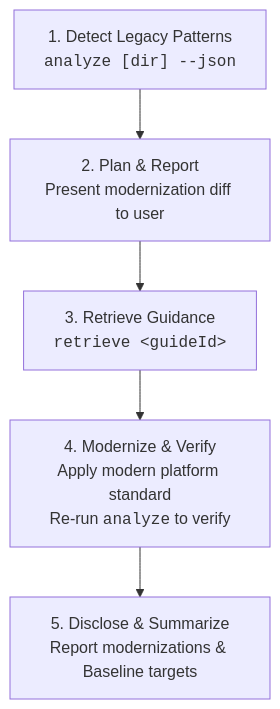
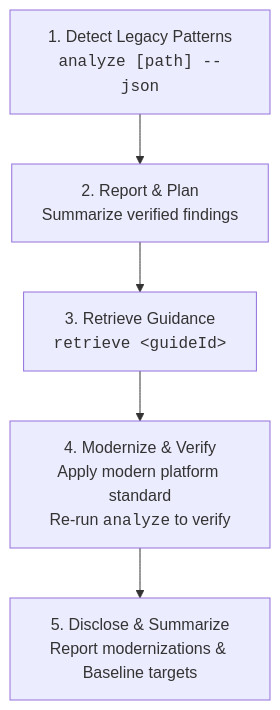
One commit to GoogleChrome/modern-web-guidance-src changed the first of 2 diagrams in src/analyzing/README.md. Above: the diagram before and after it, drawn with Mermaid. The commit also changed other lines of this file and 9 other files, not shown here.

````diff
--- a/src/analyzing/README.md
+++ b/src/analyzing/README.md
@@ -117,7 +117,7 @@
 ```mermaid
 flowchart TD
-    Scan["1. Detect Legacy Patterns<br/><code>analyze [dir] --json</code>"] --> Plan["2. Plan & Report<br/>Present modernization diff to user"]
-    Plan --> Retrieve["3. Retrieve Guidance<br/><code>retrieve &lt;guideId&gt;</code>"]
+    Scan["1. Detect Legacy Patterns<br/><code>analyze [path] --json</code>"] --> Report["2. Report & Plan<br/>Summarize verified findings"]
+    Report --> Retrieve["3. Retrieve Guidance<br/><code>retrieve &lt;guideId&gt;</code>"]
     Retrieve --> Modernize["4. Modernize & Verify<br/>Apply modern platform standard<br/>Re-run <code>analyze</code> to verify"]
     Modernize --> Disclose["5. Disclose & Summarize<br/>Report modernizations & Baseline targets"]
 ```
````
